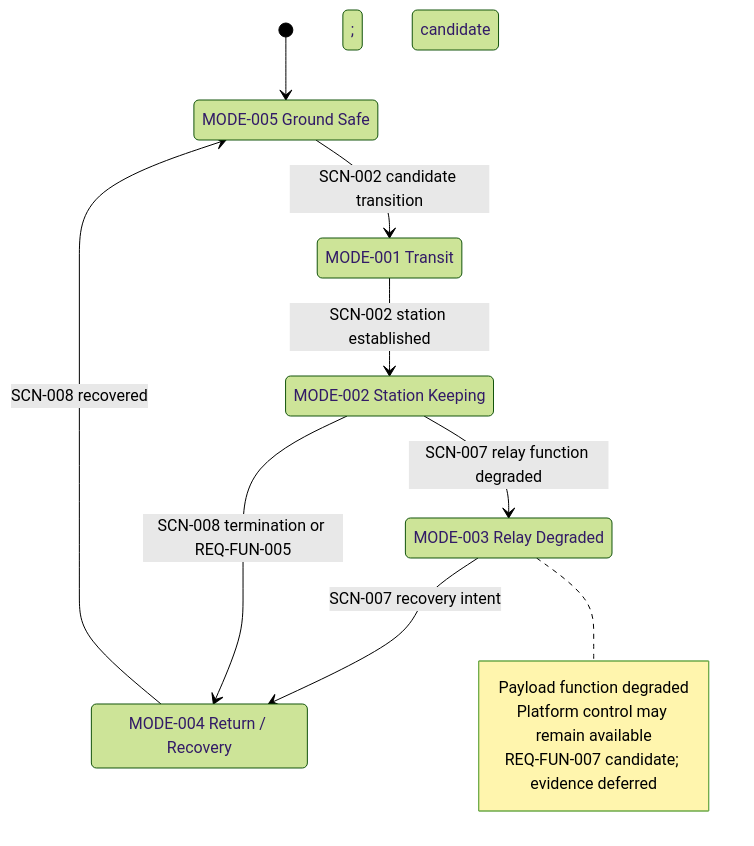
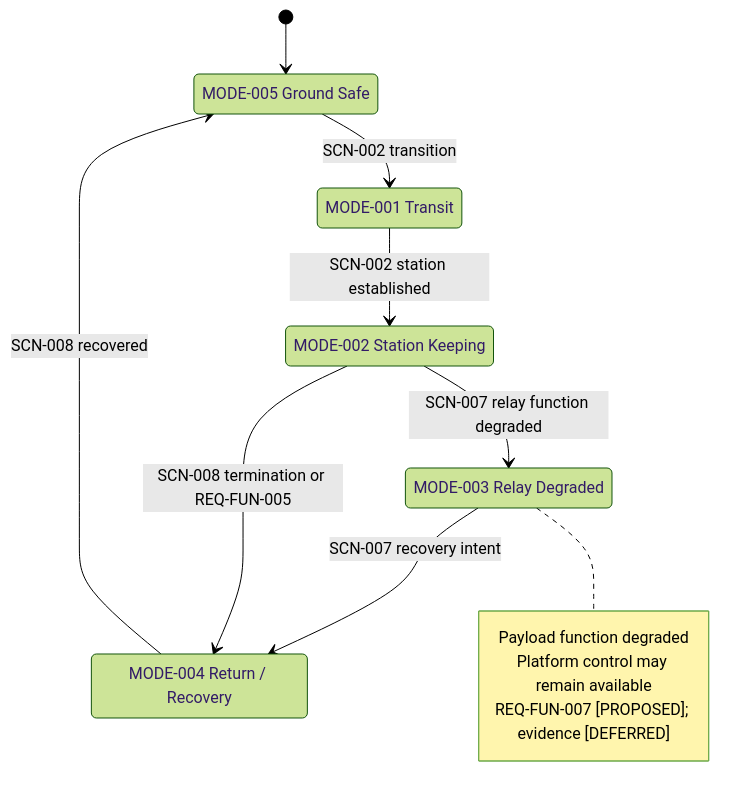
Before and after one commit to noahstephenson/low-cost-relay-uas: the tenth of 17 diagrams in reports/architecture-views.md, drawn with Mermaid (forest theme). The commit also changed other lines of this file and 28 other files, not shown here.

Commit message:
Simplify and consolidate architecture repository

````diff
--- a/reports/architecture-views.md
+++ b/reports/architecture-views.md
@@ -227,21 +227,21 @@
 ```mermaid
 stateDiagram-v2
     %% Configuration scope: CFG-REP / CFG-DOM
     state "MODE-005 Ground Safe" as MODE_005
     state "MODE-001 Transit" as MODE_001
     state "MODE-002 Station Keeping" as MODE_002
     state "MODE-003 Relay Degraded" as MODE_003
     state "MODE-004 Return / Recovery" as MODE_004
     [*] --> MODE_005
-    MODE_005 --> MODE_001: SCN-002 candidate transition
-    MODE_001 --> MODE_002: SCN-002 station established; candidate
+    MODE_005 --> MODE_001: SCN-002 transition
+    MODE_001 --> MODE_002: SCN-002 station established
     MODE_002 --> MODE_003: SCN-007 relay function degraded
-    MODE_003 --> MODE_004: SCN-007 recovery intent; candidate
+    MODE_003 --> MODE_004: SCN-007 recovery intent
     MODE_002 --> MODE_004: SCN-008 termination or REQ-FUN-005
-    MODE_004 --> MODE_005: SCN-008 recovered; candidate
+    MODE_004 --> MODE_005: SCN-008 recovered
     note right of MODE_003
       Payload function degraded
       Platform control may remain available
-      REQ-FUN-007 candidate; evidence deferred
+      REQ-FUN-007 [PROPOSED]; evidence [DEFERRED]
     end note
 ```
````
